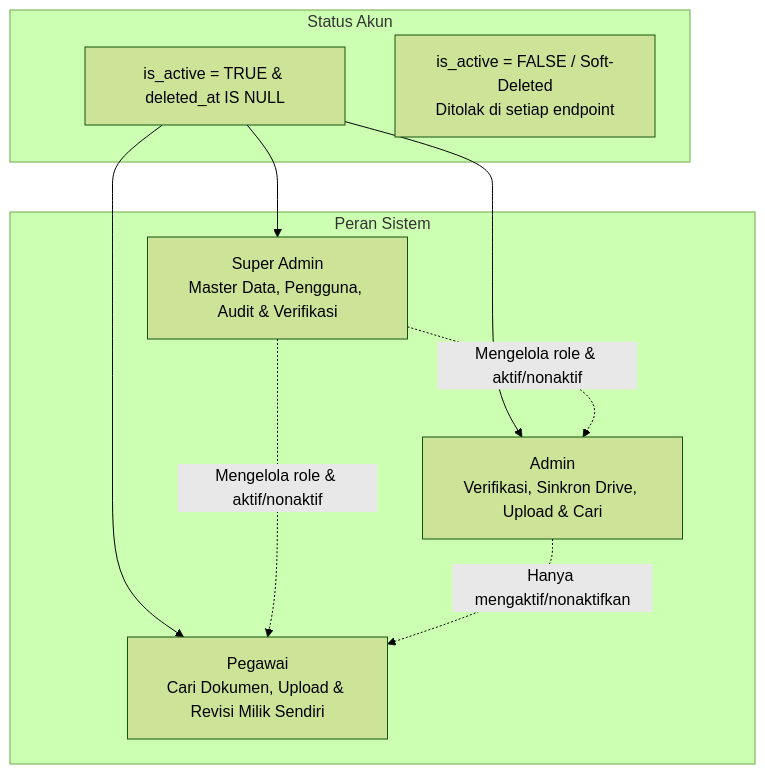
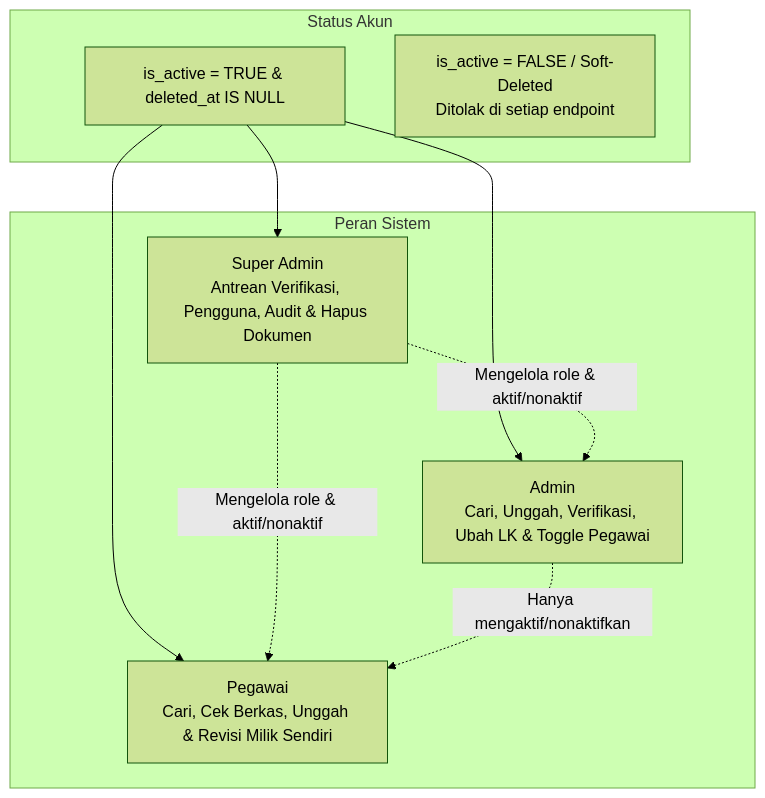
The diagram in Md/RBAC.md (Raaamaa/websinkronisasi), drawn with Mermaid (forest theme) before and after one commit. The commit also changed other lines of this file and 10 other files, not shown here.

Commit message:
docs(fase-15): sync all 11 active docs with final Perpustakaan Bukti Dukung architecture

````diff
--- a/Md/RBAC.md
+++ b/Md/RBAC.md
@@ -38,21 +35,21 @@
 ```mermaid
 graph TD
     subgraph Status Akun
         ACTIVE[is_active = TRUE & deleted_at IS NULL]
         INACTIVE[is_active = FALSE / Soft-Deleted<br/>Ditolak di setiap endpoint]
     end
 
     subgraph Peran Sistem
-        SA[Super Admin<br/>Master Data, Pengguna, Audit & Verifikasi]
-        ADM[Admin<br/>Verifikasi, Sinkron Drive, Upload & Cari]
-        PGW[Pegawai<br/>Cari Dokumen, Upload & Revisi Milik Sendiri]
+        SA[Super Admin<br/>Antrean Verifikasi, Pengguna, Audit & Hapus Dokumen]
+        ADM[Admin<br/>Cari, Unggah, Verifikasi, Ubah LK & Toggle Pegawai]
+        PGW[Pegawai<br/>Cari, Cek Berkas, Unggah & Revisi Milik Sendiri]
     end
 
     ACTIVE --> SA
     ACTIVE --> ADM
     ACTIVE --> PGW
 
     SA -.->|Mengelola role & aktif/nonaktif| ADM
     SA -.->|Mengelola role & aktif/nonaktif| PGW
     ADM -.->|Hanya mengaktif/nonaktifkan| PGW
 ```
````
